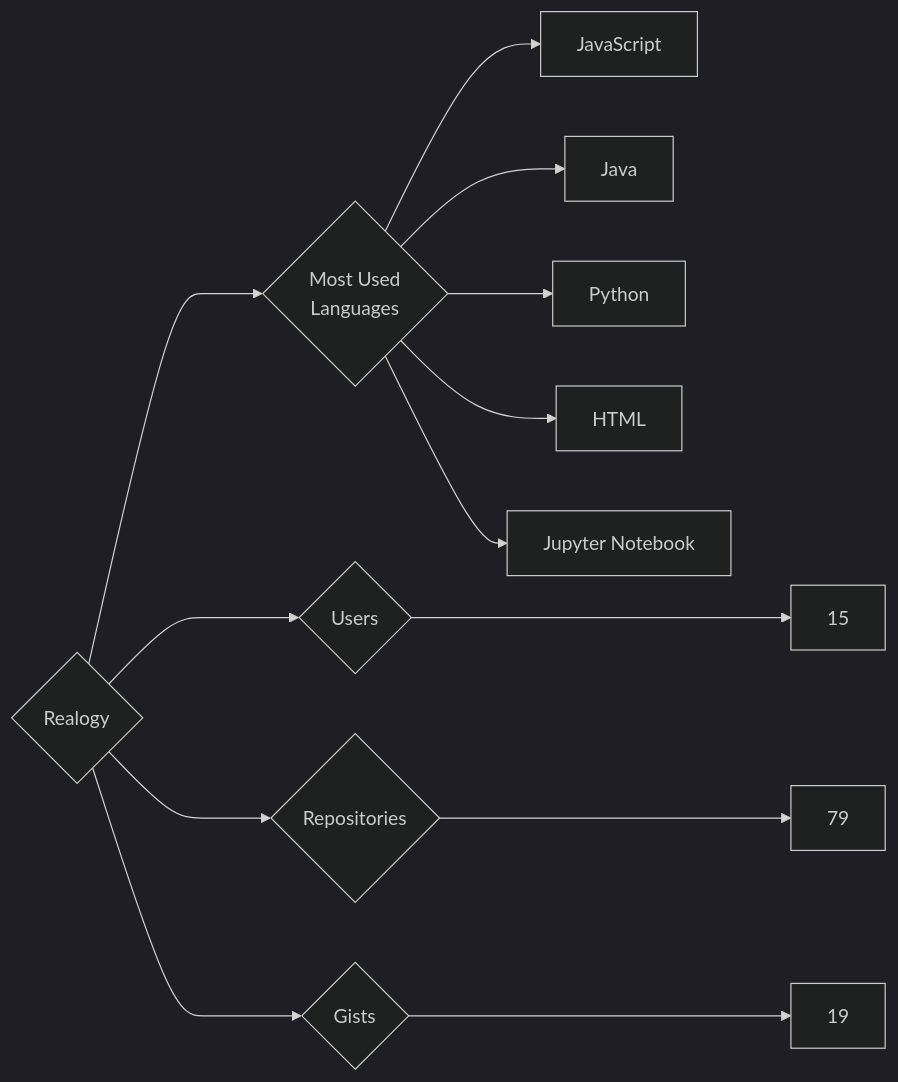
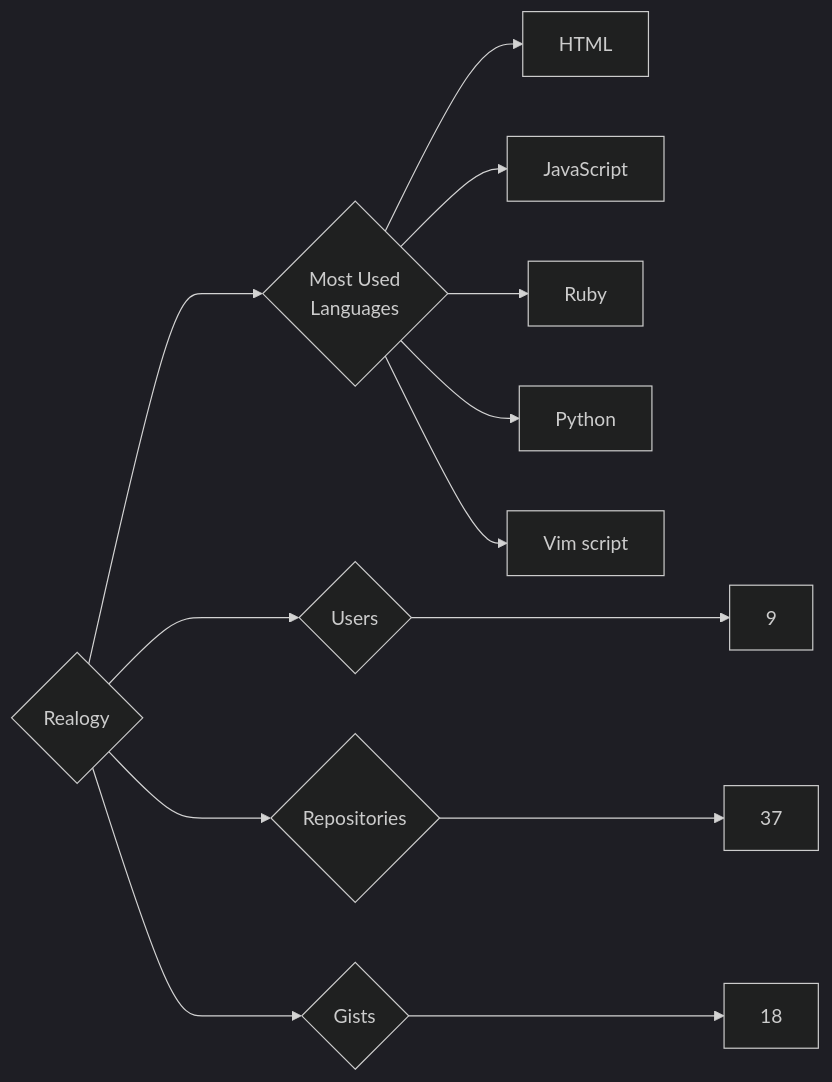
Before and after one commit to trickest/insiders: the diagram in targets/Realogy/README.md, drawn with Mermaid (dark theme). The commit also changed 955 other files, not shown here.

````diff
--- a/targets/Realogy/README.md
+++ b/targets/Realogy/README.md
@@ -3,13 +3,13 @@
 ```mermaid
 graph LR
 COMPANY_NAME{Realogy}
-COMPANY_NAME ---> U{Users} ---> UN[15]
-COMPANY_NAME ---> R{Repositories} ---> RN[79]
-COMPANY_NAME ---> G{Gists} ---> GN[19]
+COMPANY_NAME ---> U{Users} ---> UN[9]
+COMPANY_NAME ---> R{Repositories} ---> RN[37]
+COMPANY_NAME ---> G{Gists} ---> GN[18]
 COMPANY_NAME ---> ML{Most Used<br>Languages}
+ML --> HTML[HTML]
 ML --> JavaScript[JavaScript]
-ML --> Java[Java]
+ML --> Ruby[Ruby]
 ML --> Python[Python]
-ML --> HTML[HTML]
-ML --> Jupyter_Notebook[Jupyter Notebook]
+ML --> Vim_script[Vim script]
 ```
````
